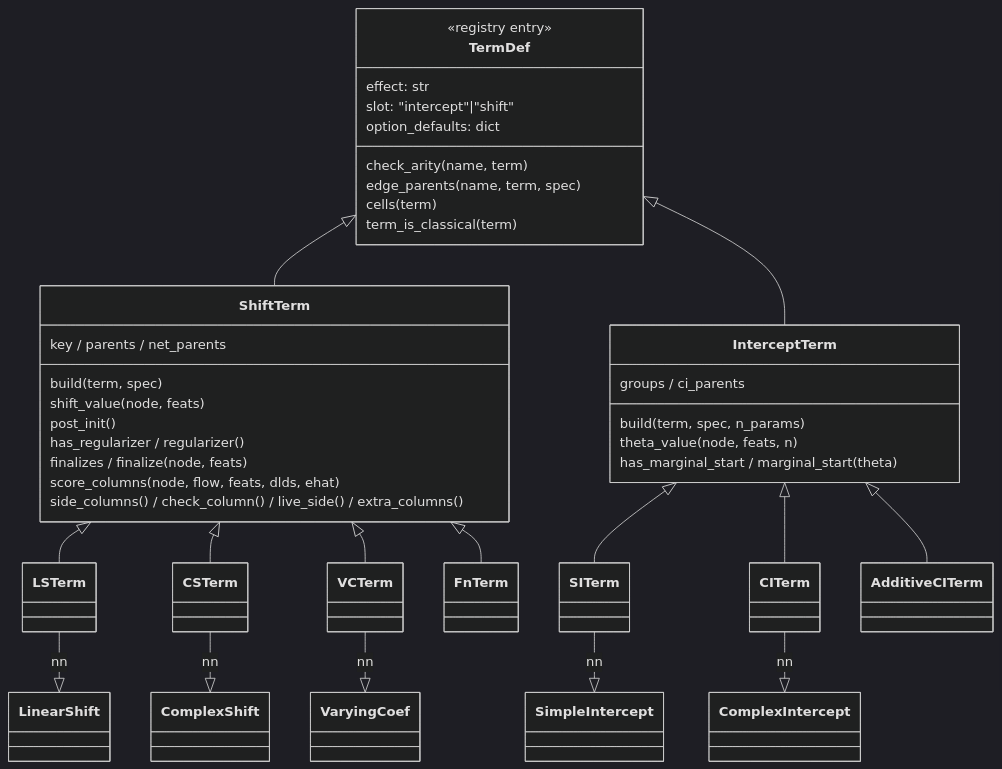
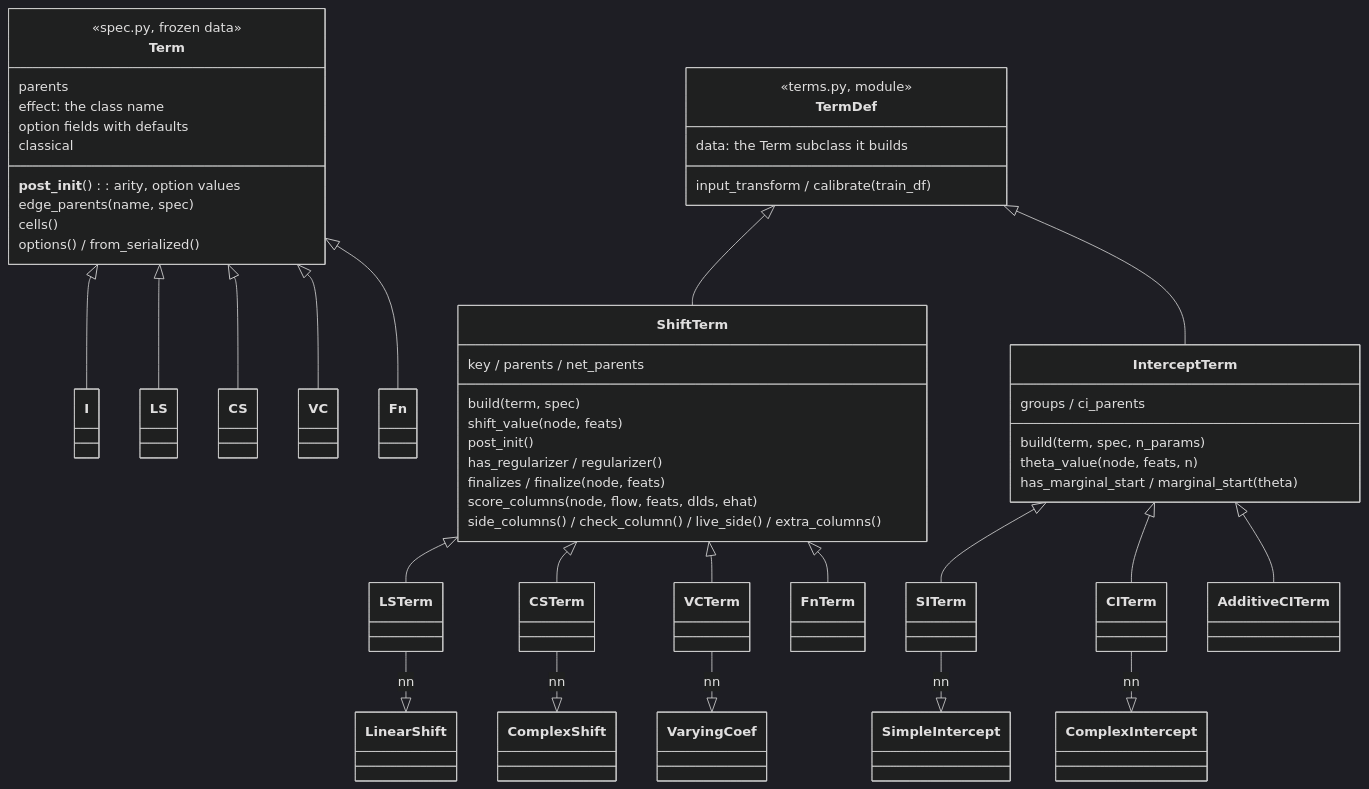
The second of 6 diagrams in docs/architecture.md (tensorchiefs/tramdag), drawn with Mermaid (dark theme) before and after one commit. The commit also changed other lines of this file and 13 other files, not shown here.

First line of the commit message:
refactor(spec)!: an effect is a Term subclass; the registry is gone

````diff
--- a/docs/architecture.md
+++ b/docs/architecture.md
@@ -50,43 +50,54 @@
 ```mermaid
 classDiagram
+    class Term {
+        <<spec.py, frozen data>>
+        parents
+        effect: the class name
+        option fields with defaults
+        __post_init__(): arity, option values
+        edge_parents(name, spec)
+        cells()
+        classical
+        options() / from_serialized()
+    }
+    Term <|-- I
+    Term <|-- LS
+    Term <|-- CS
+    Term <|-- VC
+    Term <|-- Fn
     class TermDef {
-        <<registry entry>>
-        effect: str
-        slot: "intercept"|"shift"
-        option_defaults: dict
-        check_arity(name, term)
-        edge_parents(name, term, spec)
-        cells(term)
-        term_is_classical(term)
+        <<terms.py, module>>
+        data: the Term subclass it builds
+        input_transform / calibrate(train_df)
     }
     class ShiftTerm {
         key / parents / net_parents
         build(term, spec)
         shift_value(node, feats)
         post_init()
         has_regularizer / regularizer()
         finalizes / finalize(node, feats)
         score_columns(node, flow, feats, dlds, ehat)
         side_columns() / check_column() / live_side() / extra_columns()
     }
     class InterceptTerm {
         groups / ci_parents
         build(term, spec, n_params)
         theta_value(node, feats, n)
         has_marginal_start / marginal_start(theta)
     }
     TermDef <|-- ShiftTerm
     TermDef <|-- InterceptTerm
     ShiftTerm <|-- LSTerm
     ShiftTerm <|-- CSTerm
     ShiftTerm <|-- VCTerm
     ShiftTerm <|-- FnTerm
     InterceptTerm <|-- SITerm
     InterceptTerm <|-- CITerm
     InterceptTerm <|-- AdditiveCITerm
     LSTerm --|> LinearShift : nn
     CSTerm --|> ComplexShift : nn
     VCTerm --|> VaryingCoef : nn
     SITerm --|> SimpleIntercept : nn
     CITerm --|> ComplexIntercept : nn
 ```
````
